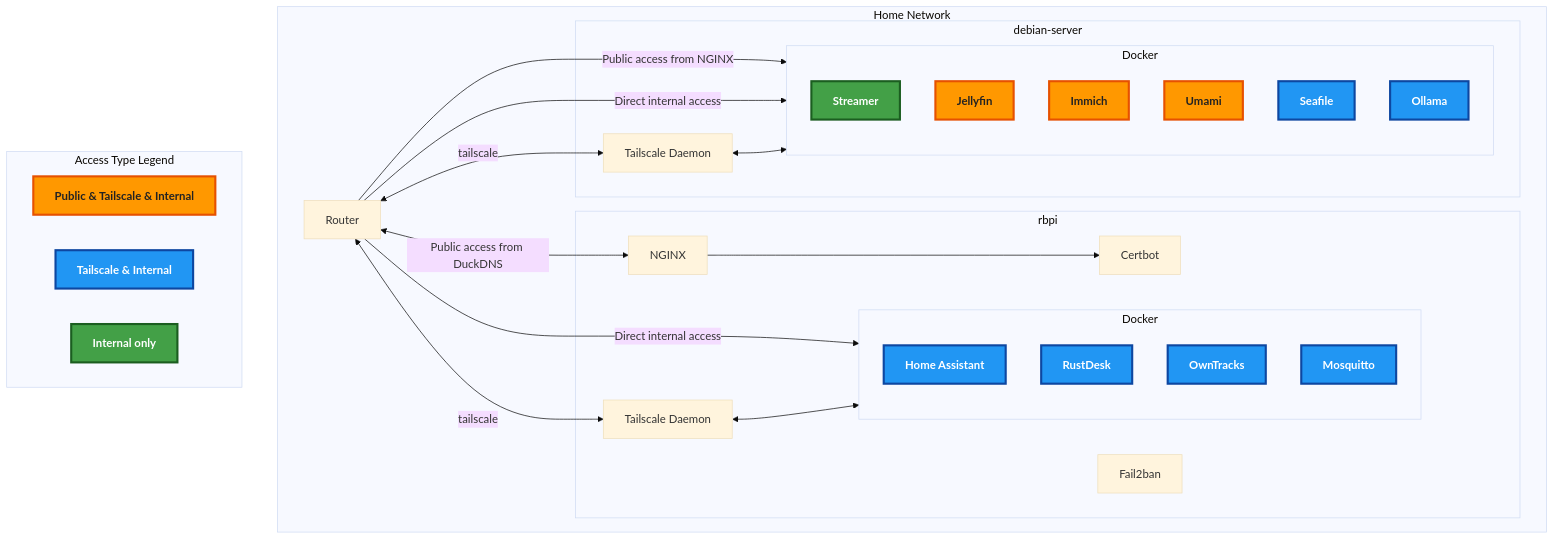
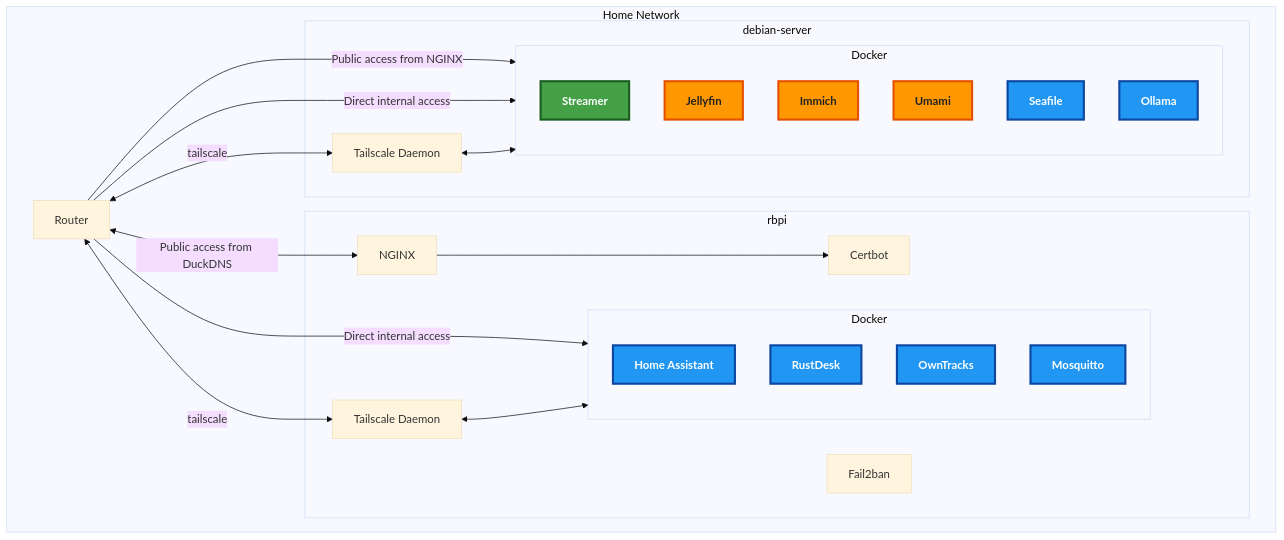
The diagram in content/projects/homelab.md (SimHoZebs/personal-site), drawn with Mermaid (base theme) before and after one commit. The commit also changed other lines of this file and 3 other files, not shown here.

First line of the commit message:
mermaid diagram

````diff
--- a/content/projects/homelab.md
+++ b/content/projects/homelab.md
@@ -20,62 +19,55 @@
 ```mermaid
 flowchart TD
   %% Home Network
   subgraph Home_Network["Home Network"]
     Router
     subgraph RPi["rbpi"]
       TailscaleRPi["Tailscale Daemon"]
       NGINX["NGINX"]
       Certbot["Certbot"]
       Fail2ban["Fail2ban"]
       subgraph DockerRPi["Docker"]
         HA["Home Assistant"]
         RustDesk["RustDesk"]
         OwnTracks["OwnTracks"]
         Mosquitto["Mosquitto"]
       end
     end
 
     subgraph DebianServer["debian-server"]
       TailscaleDebian["Tailscale Daemon"]
       subgraph DockerDebian["Docker"]
         Streamer["Streamer"]
         Jellyfin["Jellyfin"]
         Immich["Immich"]
         Umami["Umami"]
         Seafile["Seafile"]
         Ollama["Ollama"]
       end
     end
   end
 
   %% Connections
   Router <--> |Public access from DuckDNS| NGINX
   NGINX --> Certbot
   Router -->|Public access from NGINX | DockerDebian
   Router -->|Direct internal access| DockerDebian
   Router -->|Direct internal access| DockerRPi
 
   %% Tailscale mesh and coordination
   Router <--> |tailscale| TailscaleRPi
   Router <--> |tailscale| TailscaleDebian
   TailscaleDebian <--> DockerDebian
   TailscaleRPi <--> DockerRPi
 
-  %% Access Type Legend
-  subgraph Legend["Access Type Legend"]
-    PublicTailscaleInternal["Public & Tailscale & Internal"]
-    TailscaleInternal["Tailscale & Internal"]
-    InternalOnly["Internal only"]
-  end
-
   classDef public_only fill:#ffd600,stroke:#ff6f00,stroke-width:3px,color:#222,font-weight:bold;
   classDef public_tailscale_internal fill:#ff9800,stroke:#e65100,stroke-width:3px,color:#222,font-weight:bold;
   classDef tailscale_internal fill:#2196f3,stroke:#0d47a1,stroke-width:3px,color:#fff,font-weight:bold;
   classDef tailscale_only fill:#8e24aa,stroke:#4a148c,stroke-width:3px,color:#fff,font-weight:bold;
   classDef internal_only fill:#43a047,stroke:#1b5e20,stroke-width:3px,color:#fff,font-weight:bold;
 
   %% Node assignments
   class Jellyfin,Immich,Umami,PublicTailscaleInternal public_tailscale_internal;
   class Seafile,Ollama,HA,RustDesk,OwnTracks,Mosquitto,TailscaleInternal tailscale_internal;
   class Streamer,InternalOnly internal_only;
 ```
````
